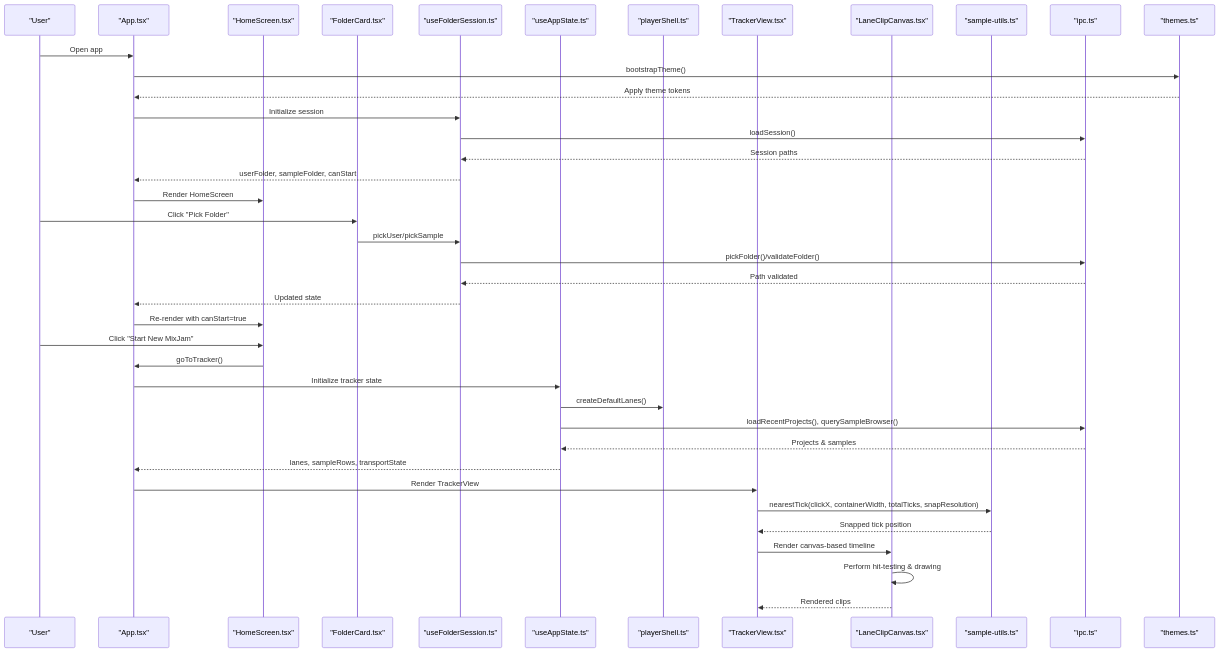
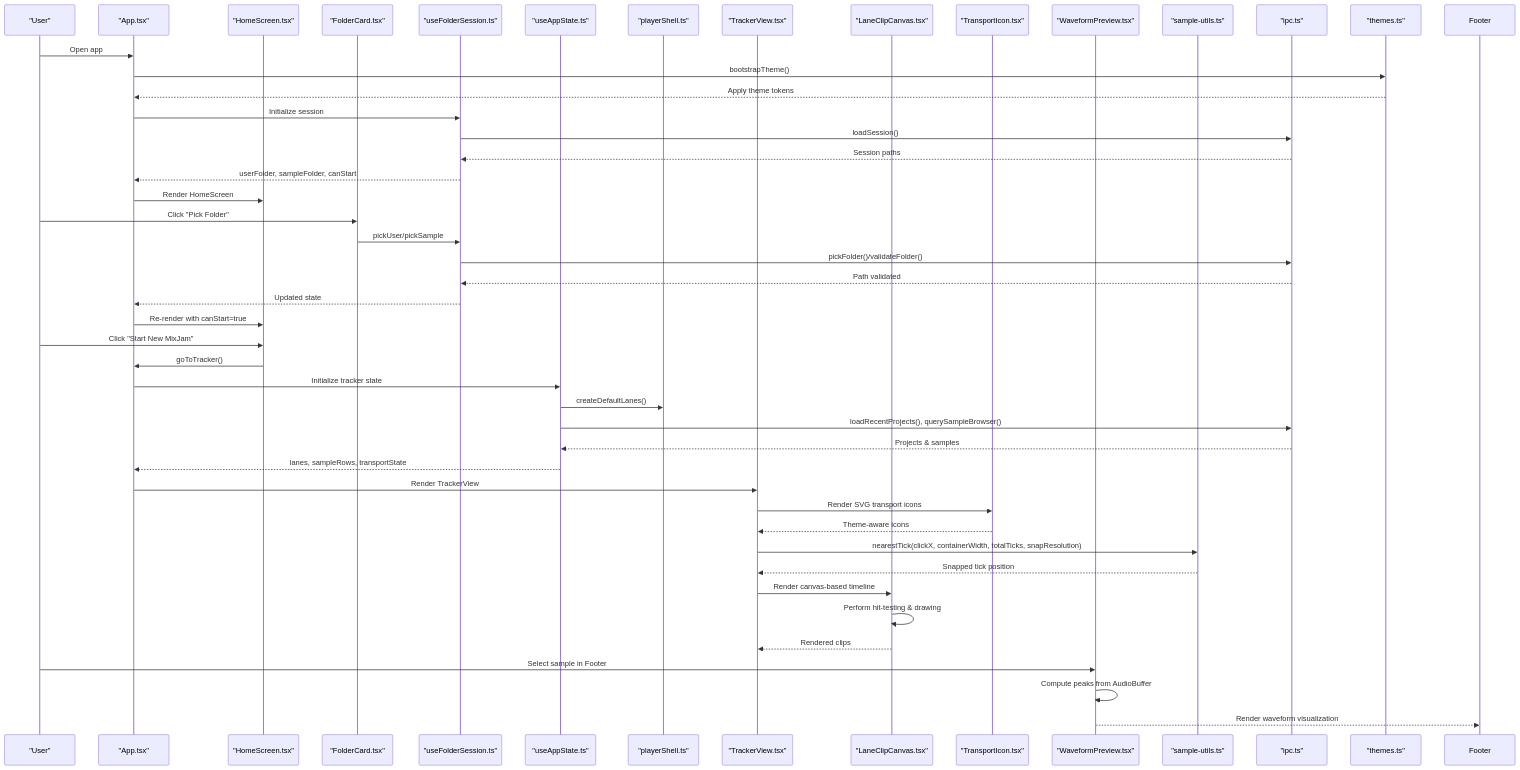
Before and after one commit to satyrlord/mixjam-electron: the second of 8 diagrams in .qoder/repowiki/en/content/Core Components/UI Components.md, drawn with Mermaid. The commit also changed other lines of this file and 37 other files, not shown here.

First line of the commit message:
feat(footer): add waveform preview for selected samples

````diff
--- a/.qoder/repowiki/en/content/Core Components/UI Components.md
+++ b/.qoder/repowiki/en/content/Core Components/UI Components.md
@@ -108,42 +117,49 @@
 ```mermaid
 sequenceDiagram
 participant User as "User"
 participant App as "App.tsx"
 participant Home as "HomeScreen.tsx"
 participant Folder as "FolderCard.tsx"
 participant HookFS as "useFolderSession.ts"
 participant HookAS as "useAppState.ts"
 participant PS as "playerShell.ts"
 participant TV as "TrackerView.tsx"
 participant LCC as "LaneClipCanvas.tsx"
+participant WI as "TransportIcon.tsx"
+participant WP as "WaveformPreview.tsx"
 participant SU as "sample-utils.ts"
 participant IPC as "ipc.ts"
 participant Theme as "themes.ts"
 User->>App : Open app
 App->>Theme : bootstrapTheme()
 Theme-->>App : Apply theme tokens
 App->>HookFS : Initialize session
 HookFS->>IPC : loadSession()
 IPC-->>HookFS : Session paths
 HookFS-->>App : userFolder, sampleFolder, canStart
 App->>Home : Render HomeScreen
 User->>Folder : Click "Pick Folder"
 Folder->>HookFS : pickUser/pickSample
 HookFS->>IPC : pickFolder()/validateFolder()
 IPC-->>HookFS : Path validated
 HookFS-->>App : Updated state
 App->>Home : Re-render with canStart=true
 User->>Home : Click "Start New MixJam"
 Home->>App : goToTracker()
 App->>HookAS : Initialize tracker state
 HookAS->>PS : createDefaultLanes()
 HookAS->>IPC : loadRecentProjects(), querySampleBrowser()
 IPC-->>HookAS : Projects & samples
 HookAS-->>App : lanes, sampleRows, transportState
 App->>TV : Render TrackerView
+TV->>WI : Render SVG transport icons
+WI-->>TV : Theme-aware icons
 TV->>SU : nearestTick(clickX, containerWidth, totalTicks, snapResolution)
 SU-->>TV : Snapped tick position
 TV->>LCC : Render canvas-based timeline
 LCC->>LCC : Perform hit-testing & drawing
 LCC-->>TV : Rendered clips
+User->>WP : Select sample in Footer
+WP->>WP : Compute peaks from AudioBuffer
+WP-->>Footer : Render waveform visualization
 ```
````
